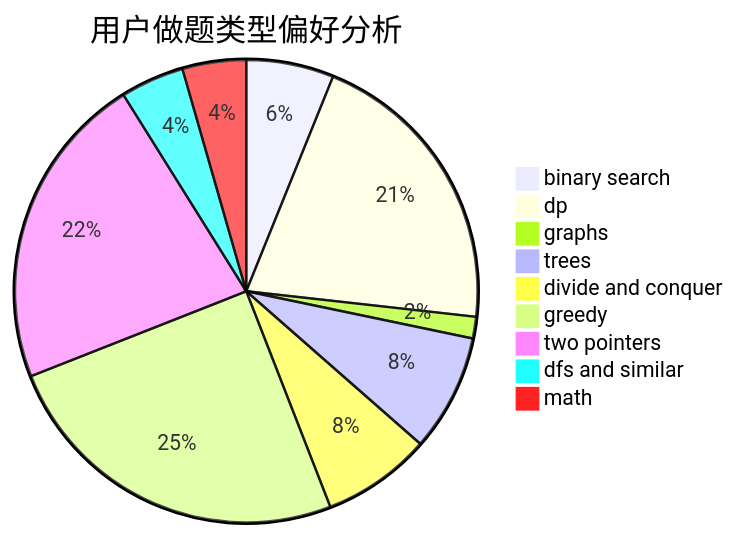
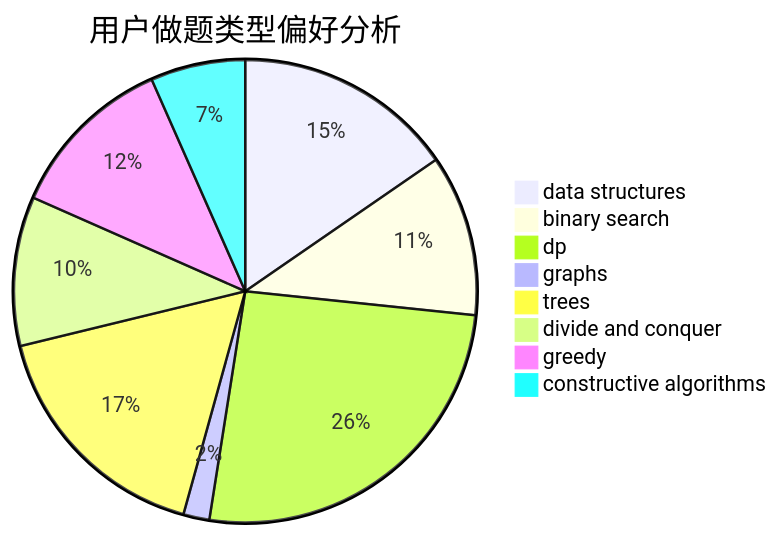
Before and after one commit to sherpahu/cfrs.github.io: the second of 3 diagrams in docs/user/u547.md, drawn with Mermaid. The commit also changed other lines of this file and 2775 other files, not shown here.

````diff
--- a/docs/user/u547.md
+++ b/docs/user/u547.md
@@ -23,12 +23,11 @@
 ```mermaid
 pie title 用户做题类型偏好分析
-    "binary search" :  77
-    "dp" :  260
-    "graphs" :  19
-    "trees" :  103
-    "divide and conquer" :  96
-    "greedy" :  314
-    "two pointers" :  278
-    "dfs and similar" :  56
-    "math" :  56
+    "data structures" :  93
+    "binary search" :  68
+    "dp" :  156
+    "graphs" :  11
+    "trees" :  102
+    "divide and conquer" :  63
+    "greedy" :  71
+    "constructive algorithms" :  40
 ```
````
